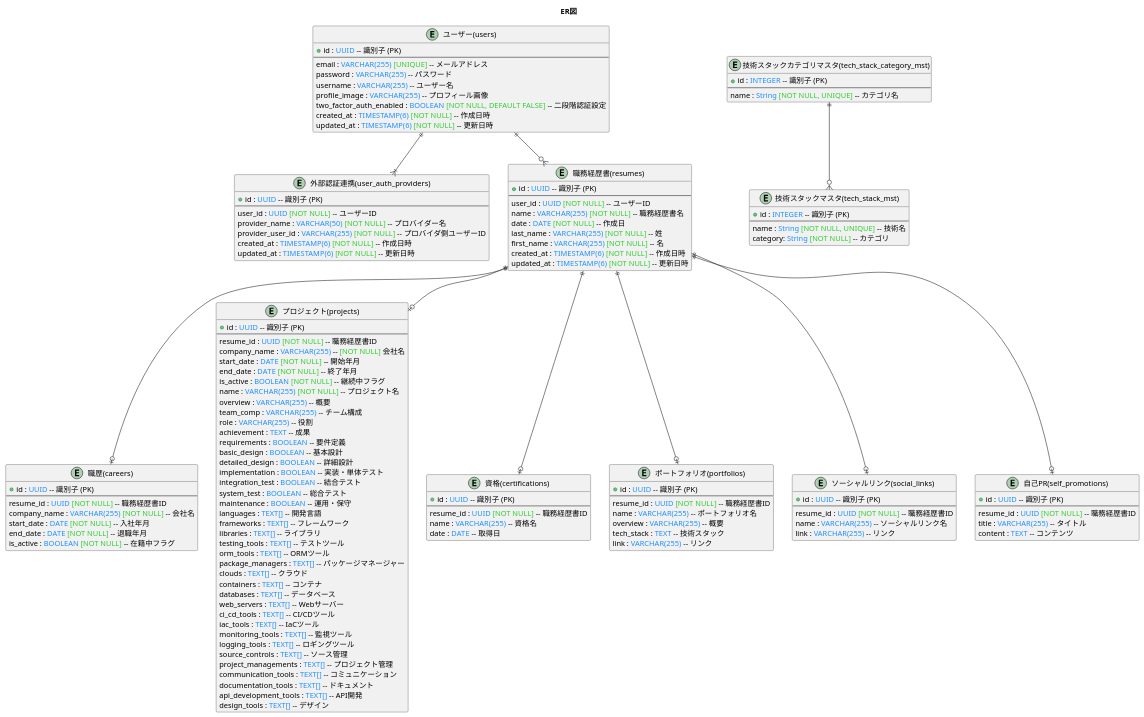
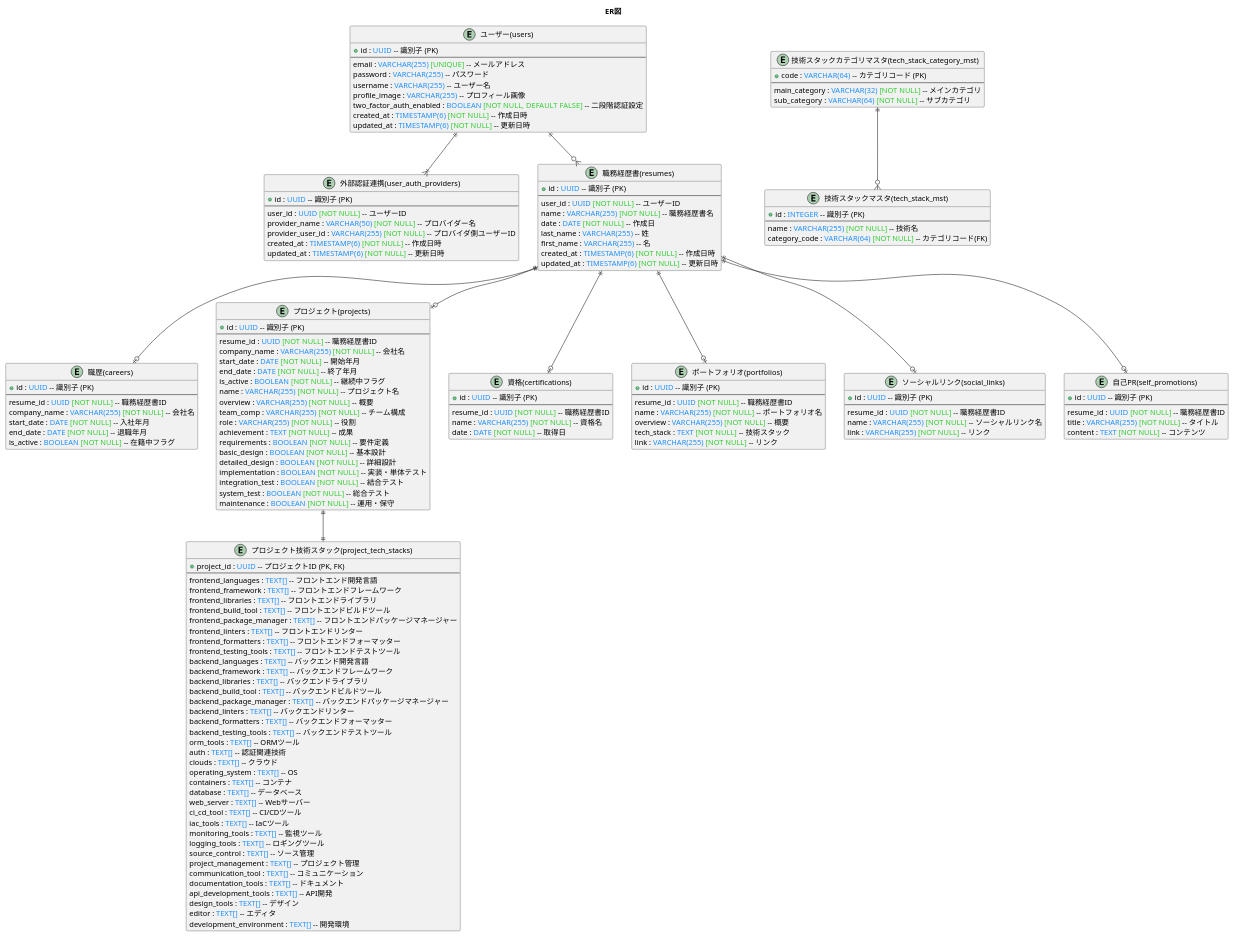
One commit to DogisRiki/KeirekiPro changed the diagram in doc/DB設計/ER図.pu. Above: the diagram before and after it, drawn with PlantUML. The commit also changed 43 other files, not shown here.

First line of the commit message:
feat: 職務経歴書ドメインモデル／TechStack／DB スキーマのリファクタリング

```diff
--- a/doc/DB設計/ER図.pu
+++ b/doc/DB設計/ER図.pu
@@ -1,153 +1,176 @@
 @startuml ER図
 
 title ER図
 
 entity "ユーザー(users)" as users {
     + id : <color:#1E90FF>UUID</color> -- 識別子 (PK)
     --
     email : <color:#1E90FF>VARCHAR(255)</color> <color:#32CD32>[UNIQUE]</color> -- メールアドレス
     password : <color:#1E90FF>VARCHAR(255)</color> -- パスワード
     username : <color:#1E90FF>VARCHAR(255)</color> -- ユーザー名
     profile_image : <color:#1E90FF>VARCHAR(255)</color> -- プロフィール画像
     two_factor_auth_enabled : <color:#1E90FF>BOOLEAN</color> <color:#32CD32>[NOT NULL, DEFAULT FALSE]</color> -- 二段階認証設定
     created_at : <color:#1E90FF>TIMESTAMP(6)</color> <color:#32CD32>[NOT NULL]</color> -- 作成日時
     updated_at : <color:#1E90FF>TIMESTAMP(6)</color> <color:#32CD32>[NOT NULL]</color> -- 更新日時
 }
 
 entity "外部認証連携(user_auth_providers)" as UserAuthProviders {
     + id : <color:#1E90FF>UUID</color> -- 識別子 (PK)
     --
     user_id : <color:#1E90FF>UUID</color> <color:#32CD32>[NOT NULL]</color> -- ユーザーID
     provider_name : <color:#1E90FF>VARCHAR(50)</color> <color:#32CD32>[NOT NULL]</color> -- プロバイダー名
     provider_user_id : <color:#1E90FF>VARCHAR(255)</color> <color:#32CD32>[NOT NULL]</color> -- プロバイダ側ユーザーID
     created_at : <color:#1E90FF>TIMESTAMP(6)</color> <color:#32CD32>[NOT NULL]</color> -- 作成日時
     updated_at : <color:#1E90FF>TIMESTAMP(6)</color> <color:#32CD32>[NOT NULL]</color> -- 更新日時
 }
 
 entity "職務経歴書(resumes)" as Resumes {
     + id : <color:#1E90FF>UUID</color> -- 識別子 (PK)
     --
     user_id : <color:#1E90FF>UUID</color> <color:#32CD32>[NOT NULL]</color> -- ユーザーID
     name : <color:#1E90FF>VARCHAR(255)</color> <color:#32CD32>[NOT NULL]</color> -- 職務経歴書名
     date : <color:#1E90FF>DATE</color> <color:#32CD32>[NOT NULL]</color> -- 作成日
-    last_name : <color:#1E90FF>VARCHAR(255)</color> <color:#32CD32>[NOT NULL]</color> -- 姓
-    first_name : <color:#1E90FF>VARCHAR(255)</color> <color:#32CD32>[NOT NULL]</color> -- 名
+    last_name : <color:#1E90FF>VARCHAR(255)</color> -- 姓
+    first_name : <color:#1E90FF>VARCHAR(255)</color> -- 名
     created_at : <color:#1E90FF>TIMESTAMP(6)</color> <color:#32CD32>[NOT NULL]</color> -- 作成日時
     updated_at : <color:#1E90FF>TIMESTAMP(6)</color> <color:#32CD32>[NOT NULL]</color> -- 更新日時
 }
 
 entity "職歴(careers)" as Careers {
     + id : <color:#1E90FF>UUID</color> -- 識別子 (PK)
     --
     resume_id : <color:#1E90FF>UUID</color> <color:#32CD32>[NOT NULL]</color> -- 職務経歴書ID
     company_name : <color:#1E90FF>VARCHAR(255)</color> <color:#32CD32>[NOT NULL]</color> -- 会社名
     start_date : <color:#1E90FF>DATE</color> <color:#32CD32>[NOT NULL]</color> -- 入社年月
     end_date : <color:#1E90FF>DATE</color> <color:#32CD32>[NOT NULL]</color> -- 退職年月
     is_active : <color:#1E90FF>BOOLEAN</color> <color:#32CD32>[NOT NULL]</color> -- 在籍中フラグ
 }
 
 entity "プロジェクト(projects)" as Projects {
     + id : <color:#1E90FF>UUID</color> -- 識別子 (PK)
     --
     resume_id : <color:#1E90FF>UUID</color> <color:#32CD32>[NOT NULL]</color> -- 職務経歴書ID
-    company_name : <color:#1E90FF>VARCHAR(255)</color> -- <color:#32CD32>[NOT NULL]</color> 会社名
+    company_name : <color:#1E90FF>VARCHAR(255)</color> <color:#32CD32>[NOT NULL]</color> -- 会社名
     start_date : <color:#1E90FF>DATE</color> <color:#32CD32>[NOT NULL]</color> -- 開始年月
     end_date : <color:#1E90FF>DATE</color> <color:#32CD32>[NOT NULL]</color> -- 終了年月
     is_active : <color:#1E90FF>BOOLEAN</color> <color:#32CD32>[NOT NULL]</color> -- 継続中フラグ
     name : <color:#1E90FF>VARCHAR(255)</color> <color:#32CD32>[NOT NULL]</color> -- プロジェクト名
-    overview : <color:#1E90FF>VARCHAR(255)</color> -- 概要
-    team_comp : <color:#1E90FF>VARCHAR(255)</color> -- チーム構成
-    role : <color:#1E90FF>VARCHAR(255)</color> -- 役割
-    achievement : <color:#1E90FF>TEXT</color> -- 成果
-    requirements : <color:#1E90FF>BOOLEAN</color> -- 要件定義
-    basic_design : <color:#1E90FF>BOOLEAN</color> -- 基本設計
-    detailed_design : <color:#1E90FF>BOOLEAN</color> -- 詳細設計
-    implementation : <color:#1E90FF>BOOLEAN</color> -- 実装・単体テスト
-    integration_test : <color:#1E90FF>BOOLEAN</color> -- 結合テスト
-    system_test : <color:#1E90FF>BOOLEAN</color> -- 総合テスト
-    maintenance : <color:#1E90FF>BOOLEAN</color> -- 運用・保守
-    languages : <color:#1E90FF>TEXT[]</color> -- 開発言語
-    frameworks : <color:#1E90FF>TEXT[]</color> -- フレームワーク
-    libraries : <color:#1E90FF>TEXT[]</color> -- ライブラリ
-    testing_tools : <color:#1E90FF>TEXT[]</color> -- テストツール
+    overview : <color:#1E90FF>VARCHAR(255)</color> <color:#32CD32>[NOT NULL]</color> -- 概要
+    team_comp : <color:#1E90FF>VARCHAR(255)</color> <color:#32CD32>[NOT NULL]</color> -- チーム構成
+    role : <color:#1E90FF>VARCHAR(255)</color> <color:#32CD32>[NOT NULL]</color> -- 役割
+    achievement : <color:#1E90FF>TEXT</color> <color:#32CD32>[NOT NULL]</color> -- 成果
+    requirements : <color:#1E90FF>BOOLEAN</color> <color:#32CD32>[NOT NULL]</color> -- 要件定義
+    basic_design : <color:#1E90FF>BOOLEAN</color> <color:#32CD32>[NOT NULL]</color> -- 基本設計
+    detailed_design : <color:#1E90FF>BOOLEAN</color> <color:#32CD32>[NOT NULL]</color> -- 詳細設計
+    implementation : <color:#1E90FF>BOOLEAN</color> <color:#32CD32>[NOT NULL]</color> -- 実装・単体テスト
+    integration_test : <color:#1E90FF>BOOLEAN</color> <color:#32CD32>[NOT NULL]</color> -- 結合テスト
+    system_test : <color:#1E90FF>BOOLEAN</color> <color:#32CD32>[NOT NULL]</color> -- 総合テスト
+    maintenance : <color:#1E90FF>BOOLEAN</color> <color:#32CD32>[NOT NULL]</color> -- 運用・保守
+}
+
+entity "プロジェクト技術スタック(project_tech_stacks)" as ProjectTechStacks {
+    + project_id : <color:#1E90FF>UUID</color> -- プロジェクトID (PK, FK)
+    --
+    frontend_languages : <color:#1E90FF>TEXT[]</color> -- フロントエンド開発言語
+    frontend_framework : <color:#1E90FF>TEXT[]</color> -- フロントエンドフレームワーク
+    frontend_libraries : <color:#1E90FF>TEXT[]</color> -- フロントエンドライブラリ
+    frontend_build_tool : <color:#1E90FF>TEXT[]</color> -- フロントエンドビルドツール
+    frontend_package_manager : <color:#1E90FF>TEXT[]</color> -- フロントエンドパッケージマネージャー
+    frontend_linters : <color:#1E90FF>TEXT[]</color> -- フロントエンドリンター
+    frontend_formatters : <color:#1E90FF>TEXT[]</color> -- フロントエンドフォーマッター
+    frontend_testing_tools : <color:#1E90FF>TEXT[]</color> -- フロントエンドテストツール
+    backend_languages : <color:#1E90FF>TEXT[]</color> -- バックエンド開発言語
+    backend_framework : <color:#1E90FF>TEXT[]</color> -- バックエンドフレームワーク
+    backend_libraries : <color:#1E90FF>TEXT[]</color> -- バックエンドライブラリ
+    backend_build_tool : <color:#1E90FF>TEXT[]</color> -- バックエンドビルドツール
+    backend_package_manager : <color:#1E90FF>TEXT[]</color> -- バックエンドパッケージマネージャー
+    backend_linters : <color:#1E90FF>TEXT[]</color> -- バックエンドリンター
+    backend_formatters : <color:#1E90FF>TEXT[]</color> -- バックエンドフォーマッター
+    backend_testing_tools : <color:#1E90FF>TEXT[]</color> -- バックエンドテストツール
     orm_tools : <color:#1E90FF>TEXT[]</color> -- ORMツール
-    package_managers : <color:#1E90FF>TEXT[]</color> -- パッケージマネージャー
+    auth : <color:#1E90FF>TEXT[]</color> -- 認証関連技術
     clouds : <color:#1E90FF>TEXT[]</color> -- クラウド
+    operating_system : <color:#1E90FF>TEXT[]</color> -- OS
     containers : <color:#1E90FF>TEXT[]</color> -- コンテナ
-    databases : <color:#1E90FF>TEXT[]</color> -- データベース
-    web_servers : <color:#1E90FF>TEXT[]</color> -- Webサーバー
-    ci_cd_tools : <color:#1E90FF>TEXT[]</color> -- CI/CDツール
+    database : <color:#1E90FF>TEXT[]</color> -- データベース
+    web_server : <color:#1E90FF>TEXT[]</color> -- Webサーバー
+    ci_cd_tool : <color:#1E90FF>TEXT[]</color> -- CI/CDツール
     iac_tools : <color:#1E90FF>TEXT[]</color> -- IaCツール
     monitoring_tools : <color:#1E90FF>TEXT[]</color> -- 監視ツール
     logging_tools : <color:#1E90FF>TEXT[]</color> -- ロギングツール
-    source_controls : <color:#1E90FF>TEXT[]</color> -- ソース管理
-    project_managements : <color:#1E90FF>TEXT[]</color> -- プロジェクト管理
-    communication_tools : <color:#1E90FF>TEXT[]</color> -- コミュニケーション
+    source_control : <color:#1E90FF>TEXT[]</color> -- ソース管理
+    project_management : <color:#1E90FF>TEXT[]</color> -- プロジェクト管理
+    communication_tool : <color:#1E90FF>TEXT[]</color> -- コミュニケーション
     documentation_tools : <color:#1E90FF>TEXT[]</color> -- ドキュメント
     api_development_tools : <color:#1E90FF>TEXT[]</color> -- API開発
     design_tools : <color:#1E90FF>TEXT[]</color> -- デザイン
+    editor : <color:#1E90FF>TEXT[]</color> -- エディタ
+    development_environment : <color:#1E90FF>TEXT[]</color> -- 開発環境
 }
 
 entity "資格(certifications)" as Certifications {
     + id : <color:#1E90FF>UUID</color> -- 識別子 (PK)
     --
     resume_id : <color:#1E90FF>UUID</color> <color:#32CD32>[NOT NULL]</color> -- 職務経歴書ID
-    name : <color:#1E90FF>VARCHAR(255)</color> -- 資格名
-    date : <color:#1E90FF>DATE</color> -- 取得日
+    name : <color:#1E90FF>VARCHAR(255)</color> <color:#32CD32>[NOT NULL]</color> -- 資格名
+    date : <color:#1E90FF>DATE</color> <color:#32CD32>[NOT NULL]</color> -- 取得日
 }
 
 entity "ポートフォリオ(portfolios)" as Portfolios {
     + id : <color:#1E90FF>UUID</color> -- 識別子 (PK)
     --
     resume_id : <color:#1E90FF>UUID</color> <color:#32CD32>[NOT NULL]</color> -- 職務経歴書ID
-    name : <color:#1E90FF>VARCHAR(255)</color> -- ポートフォリオ名
-    overview : <color:#1E90FF>VARCHAR(255)</color> -- 概要
-    tech_stack : <color:#1E90FF>TEXT</color> -- 技術スタック
-    link : <color:#1E90FF>VARCHAR(255)</color> -- リンク
+    name : <color:#1E90FF>VARCHAR(255)</color> <color:#32CD32>[NOT NULL]</color> -- ポートフォリオ名
+    overview : <color:#1E90FF>VARCHAR(255)</color> <color:#32CD32>[NOT NULL]</color> -- 概要
+    tech_stack : <color:#1E90FF>TEXT</color> <color:#32CD32>[NOT NULL]</color> -- 技術スタック
+    link : <color:#1E90FF>VARCHAR(255)</color> <color:#32CD32>[NOT NULL]</color> -- リンク
 }
 
 entity "ソーシャルリンク(social_links)" as SocialLinks {
     + id : <color:#1E90FF>UUID</color> -- 識別子 (PK)
     --
     resume_id : <color:#1E90FF>UUID</color> <color:#32CD32>[NOT NULL]</color> -- 職務経歴書ID
-    name : <color:#1E90FF>VARCHAR(255)</color> -- ソーシャルリンク名
-    link : <color:#1E90FF>VARCHAR(255)</color> -- リンク
+    name : <color:#1E90FF>VARCHAR(255)</color> <color:#32CD32>[NOT NULL]</color> -- ソーシャルリンク名
+    link : <color:#1E90FF>VARCHAR(255)</color> <color:#32CD32>[NOT NULL]</color> -- リンク
 }
 
 entity "自己PR(self_promotions)" as SelfPromotions {
     + id : <color:#1E90FF>UUID</color> -- 識別子 (PK)
     --
     resume_id : <color:#1E90FF>UUID</color> <color:#32CD32>[NOT NULL]</color> -- 職務経歴書ID
-    title : <color:#1E90FF>VARCHAR(255)</color> -- タイトル
-    content : <color:#1E90FF>TEXT</color> -- コンテンツ
+    title : <color:#1E90FF>VARCHAR(255)</color> <color:#32CD32>[NOT NULL]</color> -- タイトル
+    content : <color:#1E90FF>TEXT</color> <color:#32CD32>[NOT NULL]</color> -- コンテンツ
+}
+
+entity "技術スタックカテゴリマスタ(tech_stack_category_mst)" as TechStackCategoryMst {
+    + code : <color:#1E90FF>VARCHAR(64)</color> -- カテゴリコード (PK)
+    --
+    main_category : <color:#1E90FF>VARCHAR(32)</color> <color:#32CD32>[NOT NULL]</color> -- メインカテゴリ
+    sub_category  : <color:#1E90FF>VARCHAR(64)</color> <color:#32CD32>[NOT NULL]</color> -- サブカテゴリ
 }
 
 entity "技術スタックマスタ(tech_stack_mst)" as TechStackMst {
     + id : <color:#1E90FF>INTEGER</color> -- 識別子 (PK)
     --
-    name : <color:#1E90FF>String</color> <color:#32CD32>[NOT NULL, UNIQUE]</color> -- 技術名
-    category: <color:#1E90FF>String</color> <color:#32CD32>[NOT NULL]</color> -- カテゴリ
-}
-
-entity "技術スタックカテゴリマスタ(tech_stack_category_mst)" as TechStackCategoryMst {
-    + id : <color:#1E90FF>INTEGER</color> -- 識別子 (PK)
-    --
-    name : <color:#1E90FF>String</color> <color:#32CD32>[NOT NULL, UNIQUE]</color> -- カテゴリ名
+    name : <color:#1E90FF>VARCHAR(255)</color> <color:#32CD32>[NOT NULL]</color> -- 技術名
+    category_code : <color:#1E90FF>VARCHAR(64)</color> <color:#32CD32>[NOT NULL]</color> -- カテゴリコード(FK)
 }
 
 ' ----------------------
 ' リレーション定義
 ' ----------------------
 users ||--o{ Resumes
 users ||--|{ UserAuthProviders
 
 Resumes ||--o| Careers
 Resumes ||--o| Projects
 Resumes ||--o| Certifications
 Resumes ||--o| Portfolios
 Resumes ||--o| SocialLinks
 Resumes ||--o| SelfPromotions
 
+Projects ||--|| ProjectTechStacks
+
 TechStackCategoryMst ||--o{ TechStackMst
 
 @enduml
```
